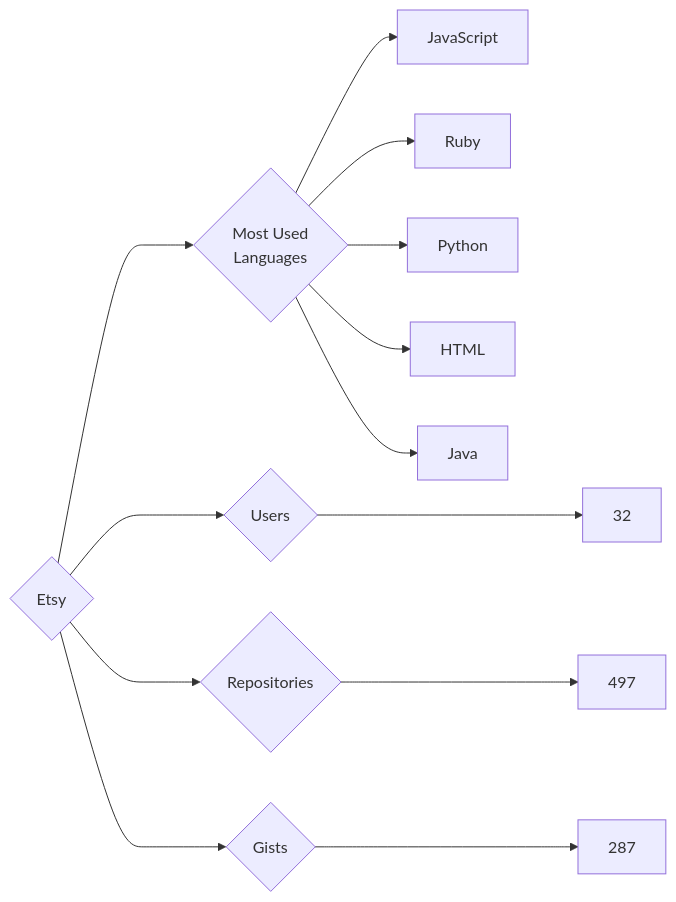
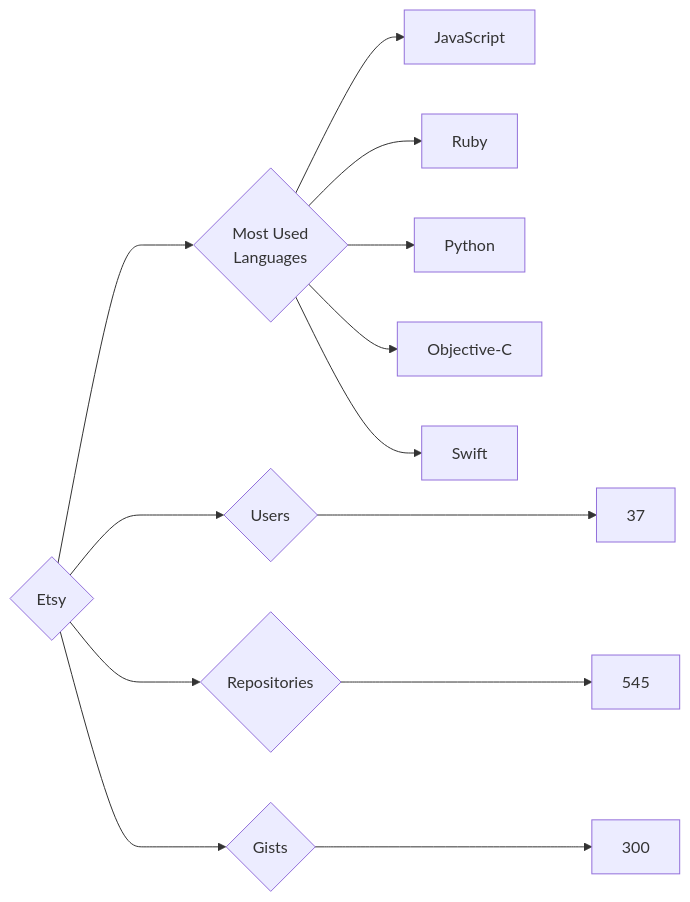
Before and after one commit to trickest/insiders: the diagram in targets/Etsy/README.md, drawn with Mermaid. The commit also changed 679 other files, not shown here.

````diff
--- a/targets/Etsy/README.md
+++ b/targets/Etsy/README.md
@@ -3,13 +3,13 @@
 ```mermaid
 graph LR
 COMPANY_NAME{Etsy}
-COMPANY_NAME ---> U{Users} ---> UN[32]
-COMPANY_NAME ---> R{Repositories} ---> RN[497]
-COMPANY_NAME ---> G{Gists} ---> GN[287]
+COMPANY_NAME ---> U{Users} ---> UN[37]
+COMPANY_NAME ---> R{Repositories} ---> RN[545]
+COMPANY_NAME ---> G{Gists} ---> GN[300]
 COMPANY_NAME ---> ML{Most Used<br>Languages}
 ML --> JavaScript[JavaScript]
 ML --> Ruby[Ruby]
 ML --> Python[Python]
-ML --> HTML[HTML]
-ML --> Java[Java]
+ML --> Objective-C[Objective-C]
+ML --> Swift[Swift]
 ```
````
